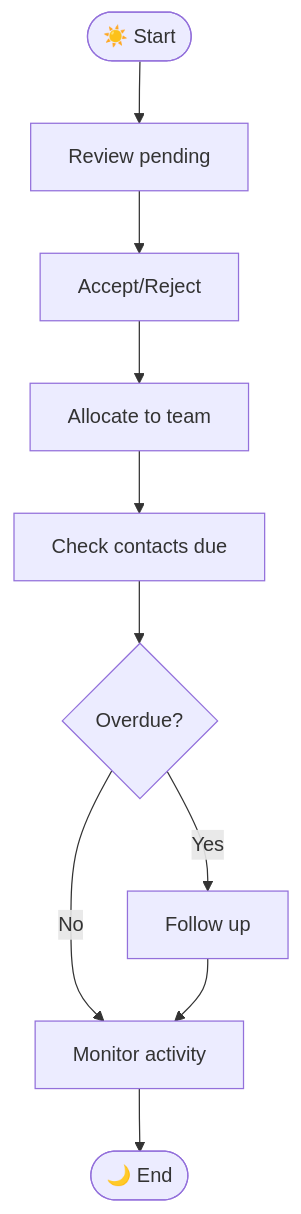
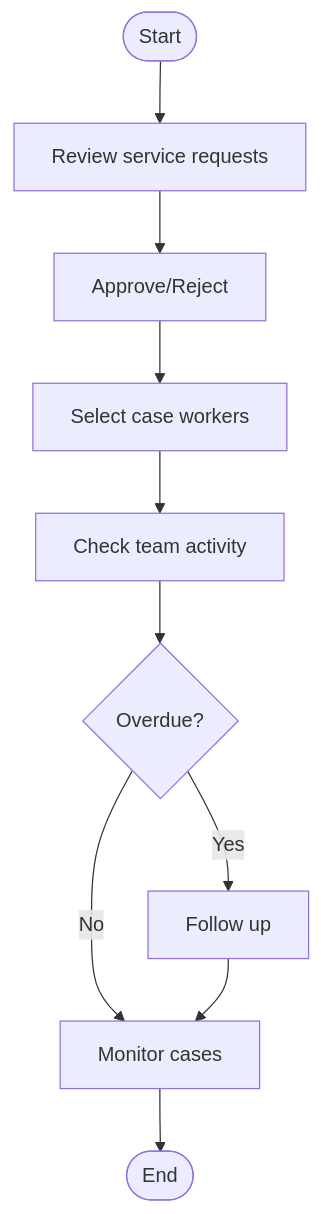
The fifth of 6 diagrams in docs/getting-started/workflow-overview.mdx (manaaki-tech/manaakicare-docs), drawn with Mermaid before and after one commit. The commit also changed other lines of this file, not shown here.

````diff
--- a/docs/getting-started/workflow-overview.mdx
+++ b/docs/getting-started/workflow-overview.mdx
@@ -224,22 +260,22 @@
 ```mermaid
 flowchart TB
-    start(["☀️ Start"])
-    pending["Review pending"]
-    accept_reject["Accept/Reject"]
-    allocate["Allocate to team"]
-    contacts["Check contacts due"]
+    start(["Start"])
+    pending["Review service requests"]
+    accept_reject["Approve/Reject"]
+    allocate["Select case workers"]
+    contacts["Check team activity"]
     followup{"Overdue?"}
     chase["Follow up"]
-    monitor["Monitor activity"]
-    end_day(["🌙 End"])
+    monitor["Monitor cases"]
+    end_day(["End"])
 
     start --> pending
     pending --> accept_reject
     accept_reject --> allocate
     allocate --> contacts
     contacts --> followup
     followup -->|"Yes"| chase
     followup -->|"No"| monitor
     chase --> monitor
     monitor --> end_day
 ```
````
